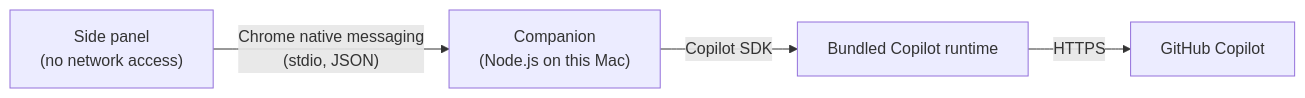
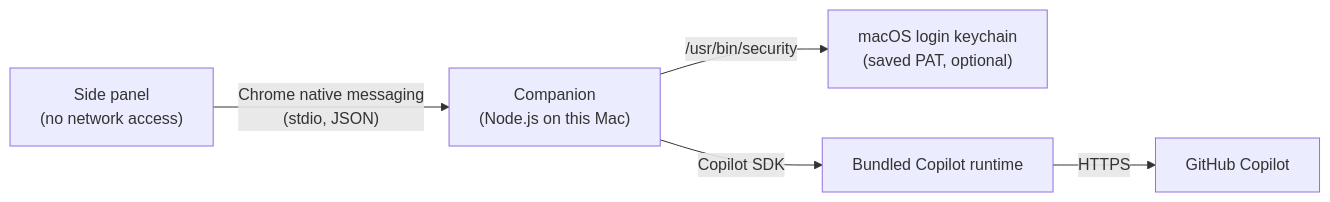
One commit to mahata/gh-copilot-in-chrome changed the diagram in README.md. Above: the diagram before and after it, drawn with Mermaid. The commit also changed other lines of this file, not shown here.

First line of the commit message:
docs: document the saved PAT, chat and new limits

````diff
--- a/README.md
+++ b/README.md
@@ -25,6 +25,7 @@
 ```mermaid
 flowchart LR
   Panel["Side panel<br/>(no network access)"] -- "Chrome native messaging<br/>(stdio, JSON)" --> Companion["Companion<br/>(Node.js on this Mac)"]
+  Companion -- "/usr/bin/security" --> Keychain["macOS login keychain<br/>(saved PAT, optional)"]
   Companion -- "Copilot SDK" --> Runtime["Bundled Copilot runtime"]
   Runtime -- HTTPS --> GitHub["GitHub Copilot"]
 ```
````
